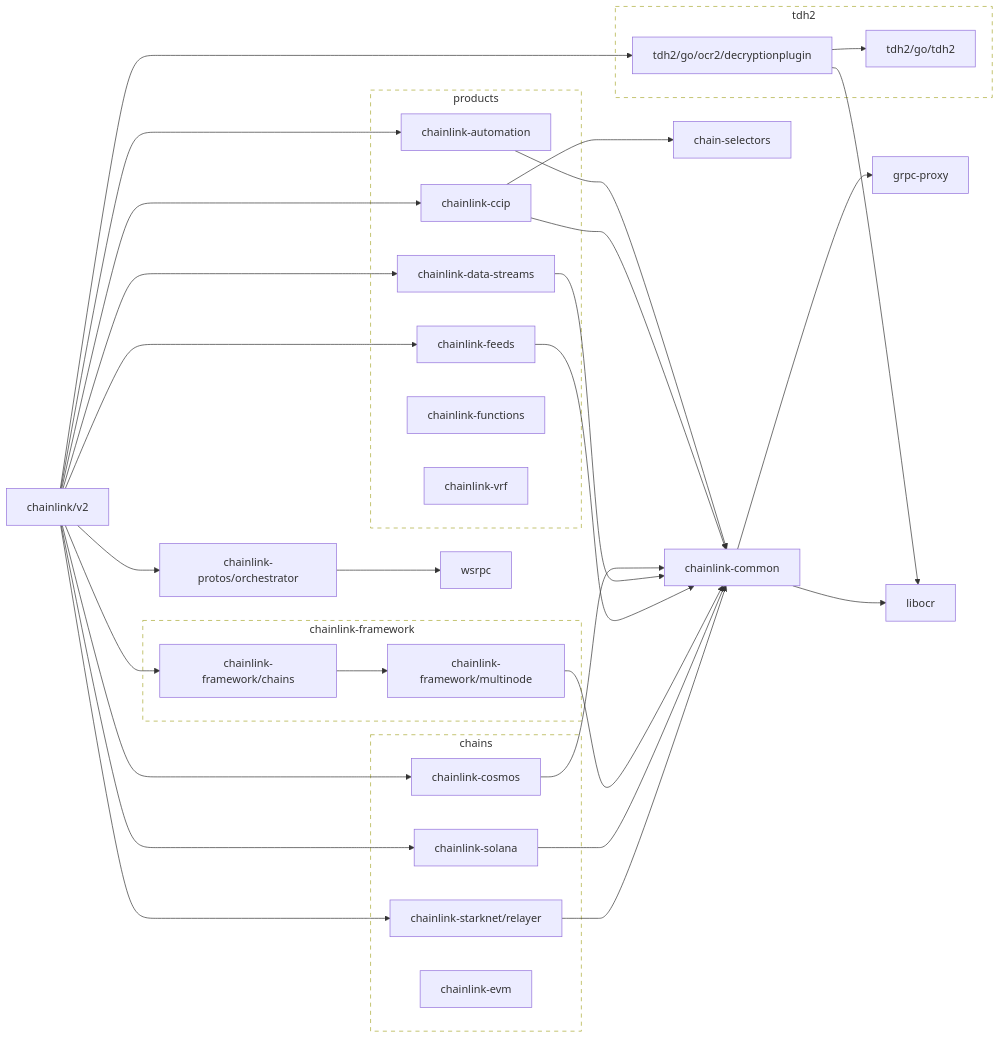
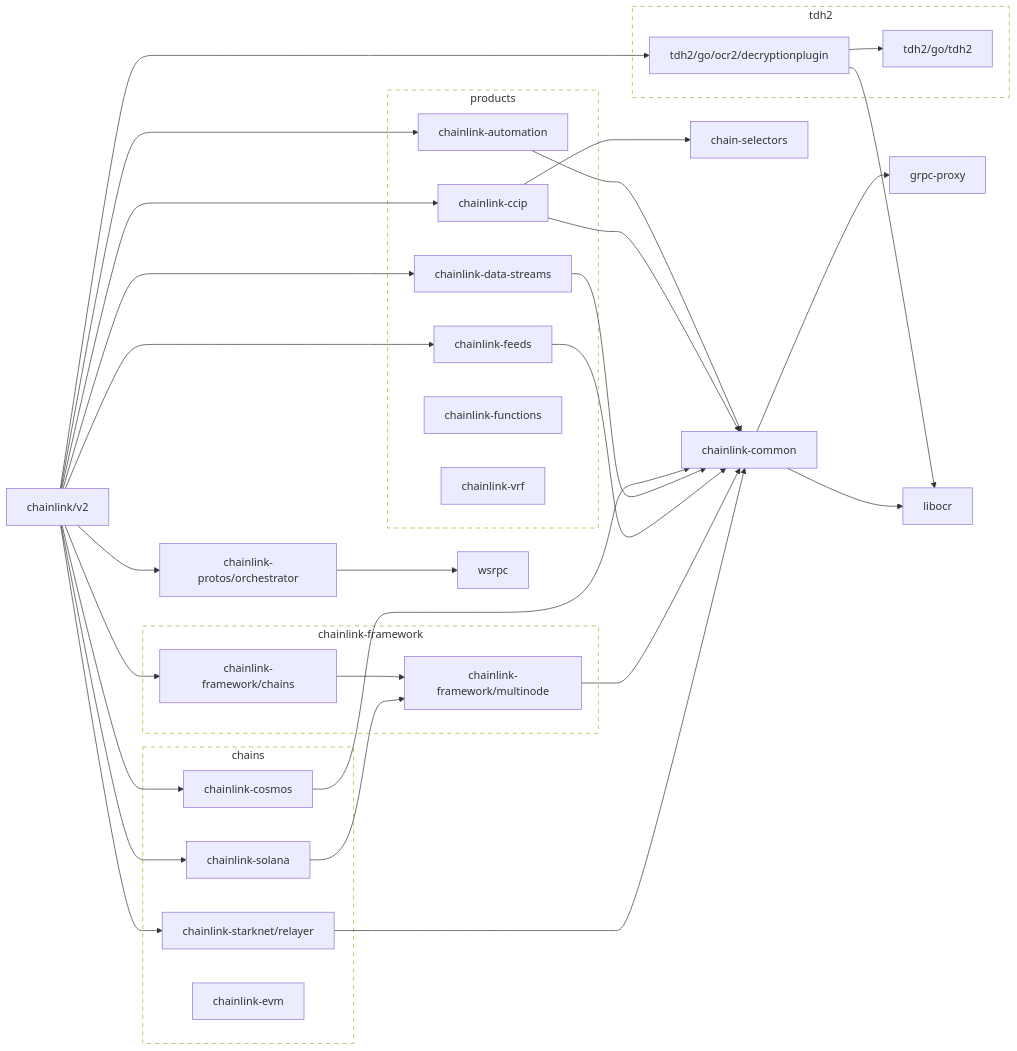
The first of 2 diagrams in go.md (protofire/chainlink), drawn with Mermaid before and after one commit. The commit also changed other lines of this file and 21 other files, not shown here.

First line of the commit message:
Bump Solana + Framework Dependencies (#16012)

```diff
--- a/go.md
+++ b/go.md
@@ -43,7 +43,7 @@
 	click chainlink-framework/multinode href "https://github.com/smartcontractkit/chainlink-framework"
 	chainlink-protos/orchestrator --> wsrpc
 	click chainlink-protos/orchestrator href "https://github.com/smartcontractkit/chainlink-protos"
-	chainlink-solana --> chainlink-common
+	chainlink-solana --> chainlink-framework/multinode
 	click chainlink-solana href "https://github.com/smartcontractkit/chainlink-solana"
 	chainlink-starknet/relayer --> chainlink-common
 	click chainlink-starknet/relayer href "https://github.com/smartcontractkit/chainlink-starknet"
```
